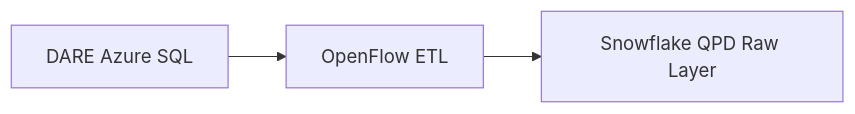
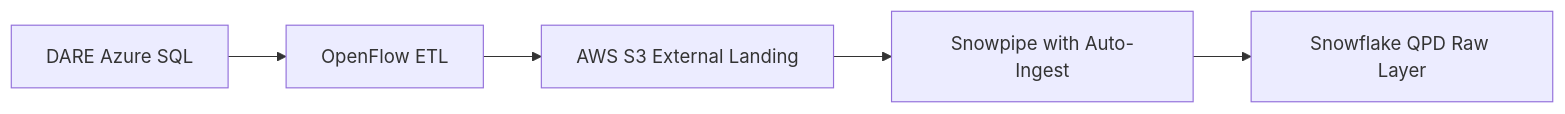
One commit to sfc-gh-mhindi/REPO_CBA changed the seventh of 14 diagrams in 15-BB-QPD Future State/QPD - Future State.md. Above: the diagram before and after it, drawn with Mermaid. The commit also changed other lines of this file, not shown here.

Commit message:
Update QPD - Future State.md

````diff
--- a/15-BB-QPD Future State/QPD - Future State.md
+++ b/15-BB-QPD Future State/QPD - Future State.md
@@ -460,5 +472,7 @@
 ```mermaid
 graph LR
     DARE[DARE Azure SQL] --> OpenFlow[OpenFlow ETL]
-    OpenFlow --> SF_Raw[Snowflake QPD Raw Layer]
+    OpenFlow --> S3_Landing[AWS S3 External Landing]
+    S3_Landing --> Snowpipe[Snowpipe with Auto-Ingest]
+    Snowpipe --> SF_Raw[Snowflake QPD Raw Layer]
 ```
````
